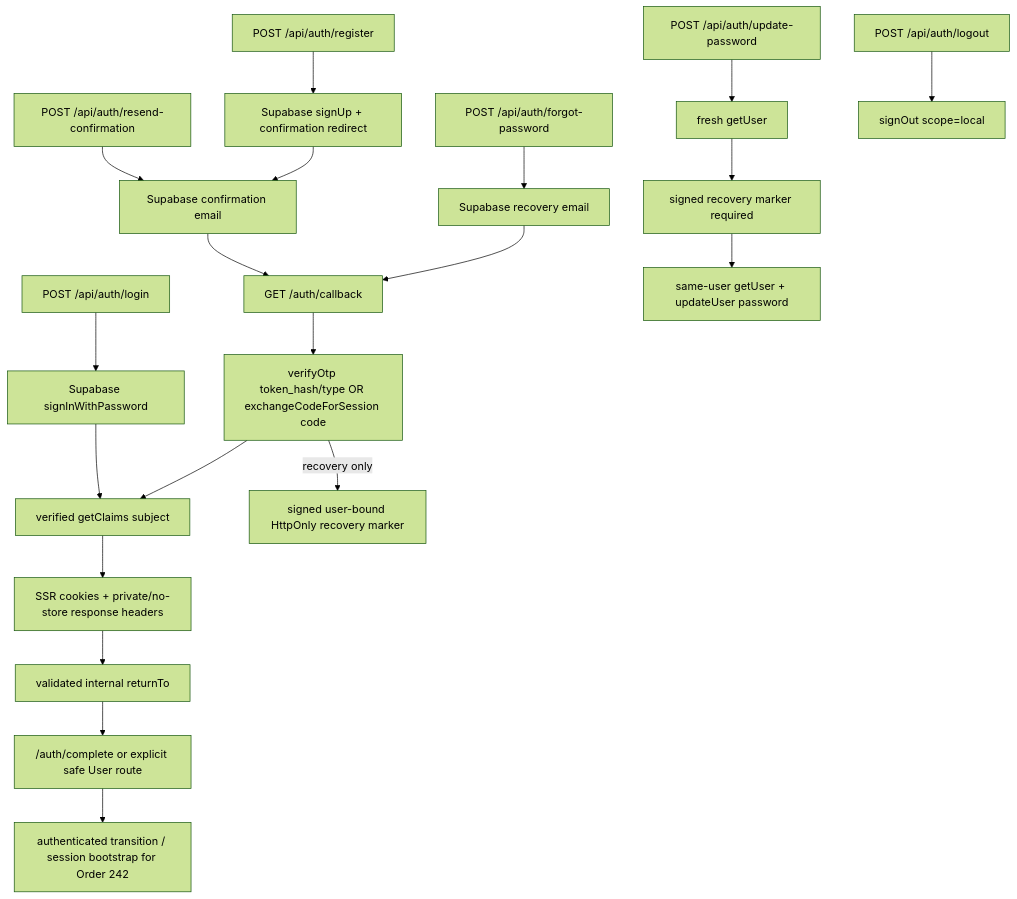
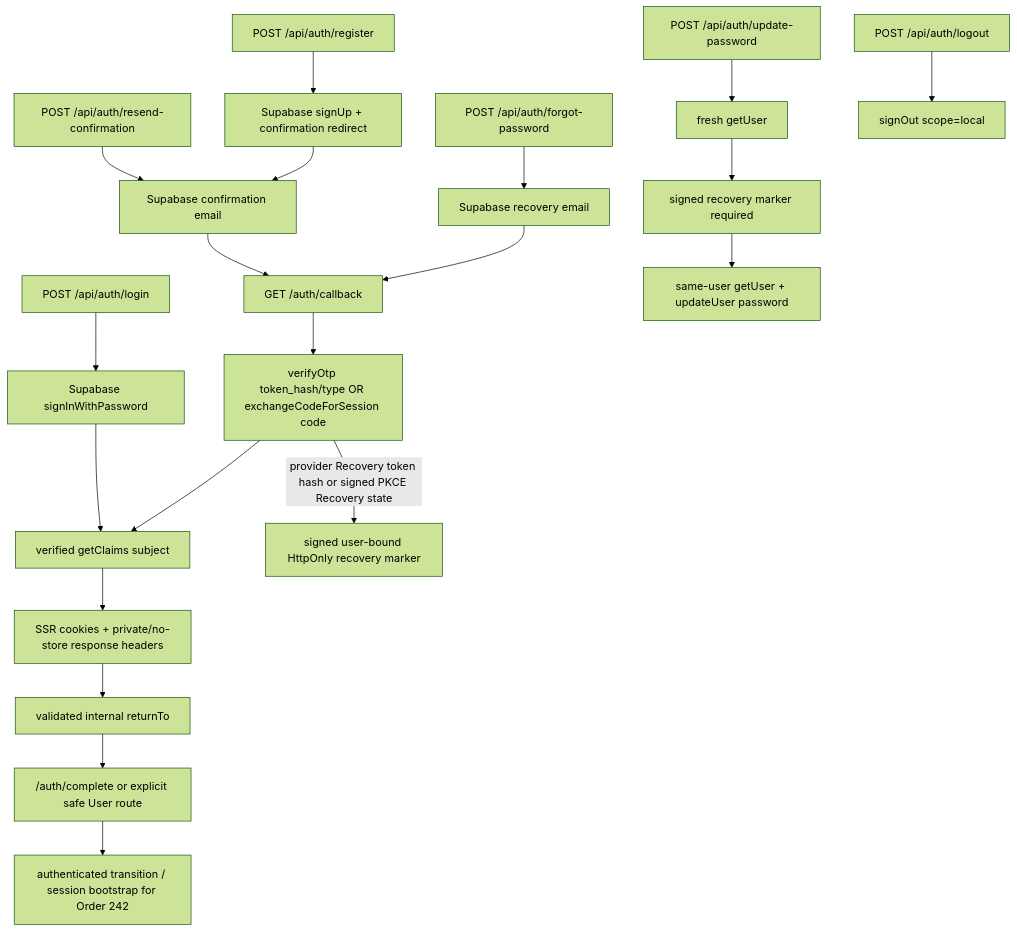
The diagram in docs/auth-login-policy.md (keianduu/muuzee), drawn with Mermaid (forest theme) before and after one commit. The commit also changed other lines of this file and 10 other files, not shown here.

````diff
--- a/docs/auth-login-policy.md
+++ b/docs/auth-login-policy.md
@@ -44,22 +44,22 @@
 ```mermaid
 flowchart TD
   Login["POST /api/auth/login"] --> Password["Supabase signInWithPassword"]
   Register["POST /api/auth/register"] --> Signup["Supabase signUp + confirmation redirect"]
   Resend["POST /api/auth/resend-confirmation"] --> Mail["Supabase confirmation email"]
   Signup --> Mail
   Mail --> Callback["GET /auth/callback"]
   Forgot["POST /api/auth/forgot-password"] --> ResetMail["Supabase recovery email"]
   ResetMail --> Callback
   Callback --> Verify["verifyOtp token_hash/type OR exchangeCodeForSession code"]
   Password --> Verified["verified getClaims subject"]
   Verify --> Verified
   Verified --> Cookie["SSR cookies + private/no-store response headers"]
   Cookie --> Return["validated internal returnTo"]
   Return --> Complete["/auth/complete or explicit safe User route"]
   Complete --> Handoff["authenticated transition / session bootstrap for Order 242"]
-  Verify -->|recovery only| Marker["signed user-bound HttpOnly recovery marker"]
+  Verify -->|provider Recovery token hash or signed PKCE Recovery state| Marker["signed user-bound HttpOnly recovery marker"]
   Update["POST /api/auth/update-password"] --> Fresh["fresh getUser"]
   Fresh --> MarkerCheck["signed recovery marker required"]
   MarkerCheck --> Change["same-user getUser + updateUser password"]
   Logout["POST /api/auth/logout"] --> LocalSignout["signOut scope=local"]
 ```
````
